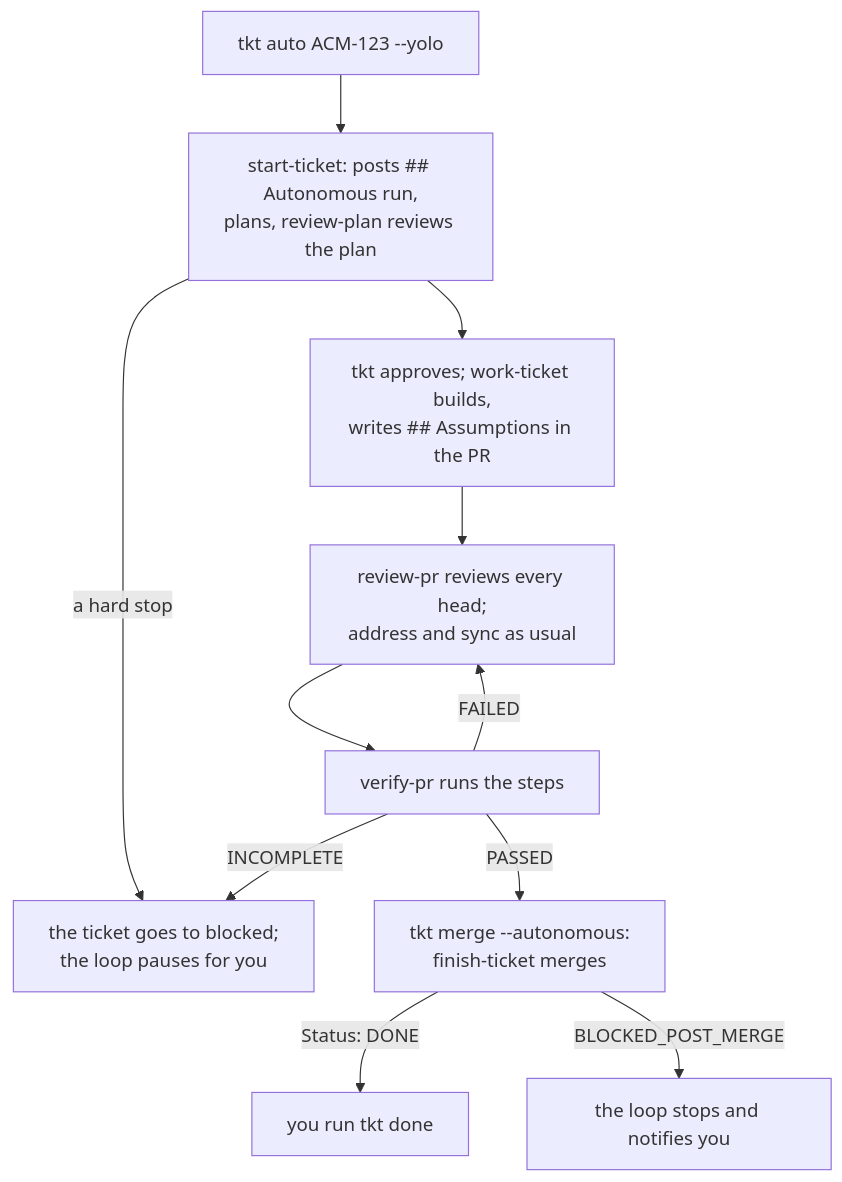
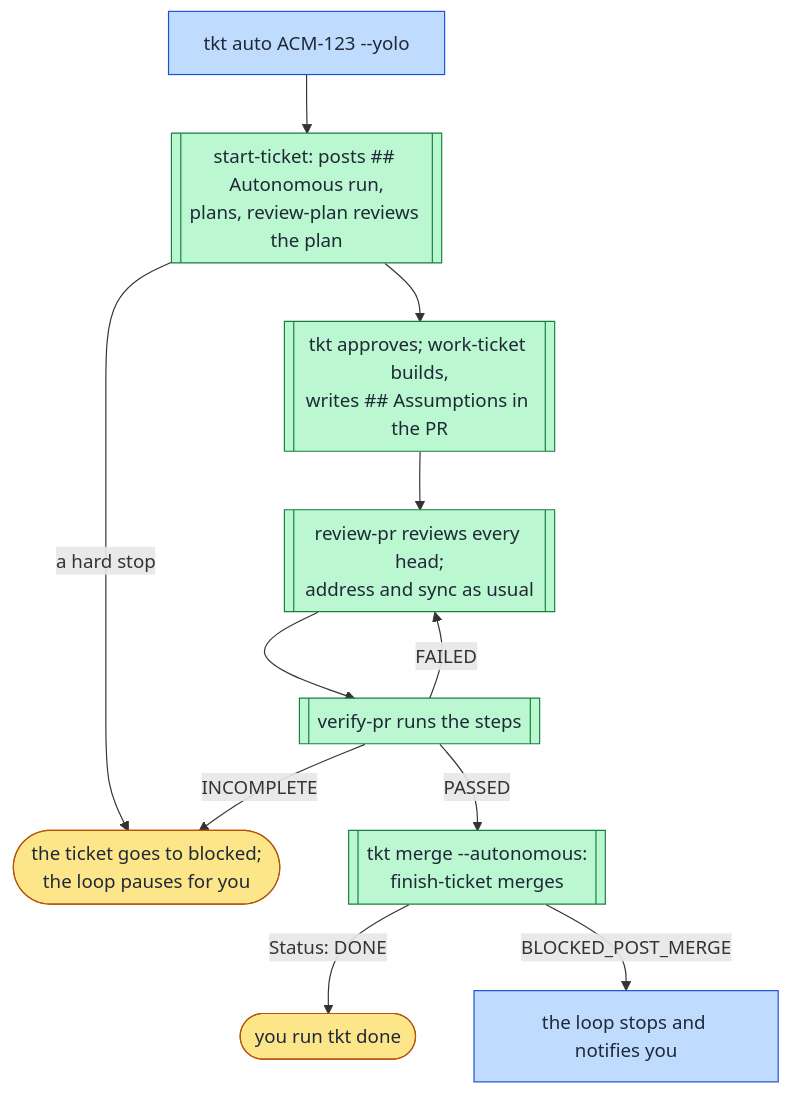
One commit to rogsme/tkt changed the fifth of 9 diagrams in docs/lifecycle.md. Above: the diagram before and after it, drawn with Mermaid. The commit also changed other lines of this file and 4 other files, not shown here.

First line of the commit message:
Open the README with diagrams of how a ticket moves

````diff
--- a/docs/lifecycle.md
+++ b/docs/lifecycle.md
@@ -320,13 +354,21 @@
 ```mermaid
 flowchart TD
-  go["tkt auto ACM-123 --yolo"] --> plan["start-ticket: posts ## Autonomous run,<br/>plans, review-plan reviews the plan"]
-  plan -->|a hard stop| parked["the ticket goes to blocked;<br/>the loop pauses for you"]
-  plan --> work["tkt approves; work-ticket builds,<br/>writes ## Assumptions in the PR"]
-  work --> rev["review-pr reviews every head;<br/>address and sync as usual"]
-  rev --> ver["verify-pr runs the steps"]
+  go["tkt auto ACM-123 --yolo"] --> plan[["start-ticket: posts ## Autonomous run,<br/>plans, review-plan reviews the plan"]]
+  plan -->|a hard stop| parked(["the ticket goes to blocked;<br/>the loop pauses for you"])
+  plan --> work[["tkt approves; work-ticket builds,<br/>writes ## Assumptions in the PR"]]
+  work --> rev[["review-pr reviews every head;<br/>address and sync as usual"]]
+  rev --> ver[["verify-pr runs the steps"]]
   ver -->|FAILED| rev
   ver -->|INCOMPLETE| parked
-  ver -->|PASSED| fin["tkt merge --autonomous:<br/>finish-ticket merges"]
-  fin -->|Status: DONE| done["you run tkt done"]
+  ver -->|PASSED| fin[["tkt merge --autonomous:<br/>finish-ticket merges"]]
+  fin -->|Status: DONE| done(["you run tkt done"])
   fin -->|BLOCKED_POST_MERGE| alert["the loop stops and notifies you"]
+
+  classDef you fill:#fde68a,stroke:#b45309,color:#1f2937
+  classDef tkt fill:#bfdbfe,stroke:#1d4ed8,color:#1f2937
+  classDef skill fill:#bbf7d0,stroke:#15803d,color:#1f2937
+  classDef ext fill:#e5e7eb,stroke:#4b5563,color:#1f2937
+  class parked,done you
+  class go,alert tkt
+  class plan,work,rev,ver,fin skill
 ```
````
